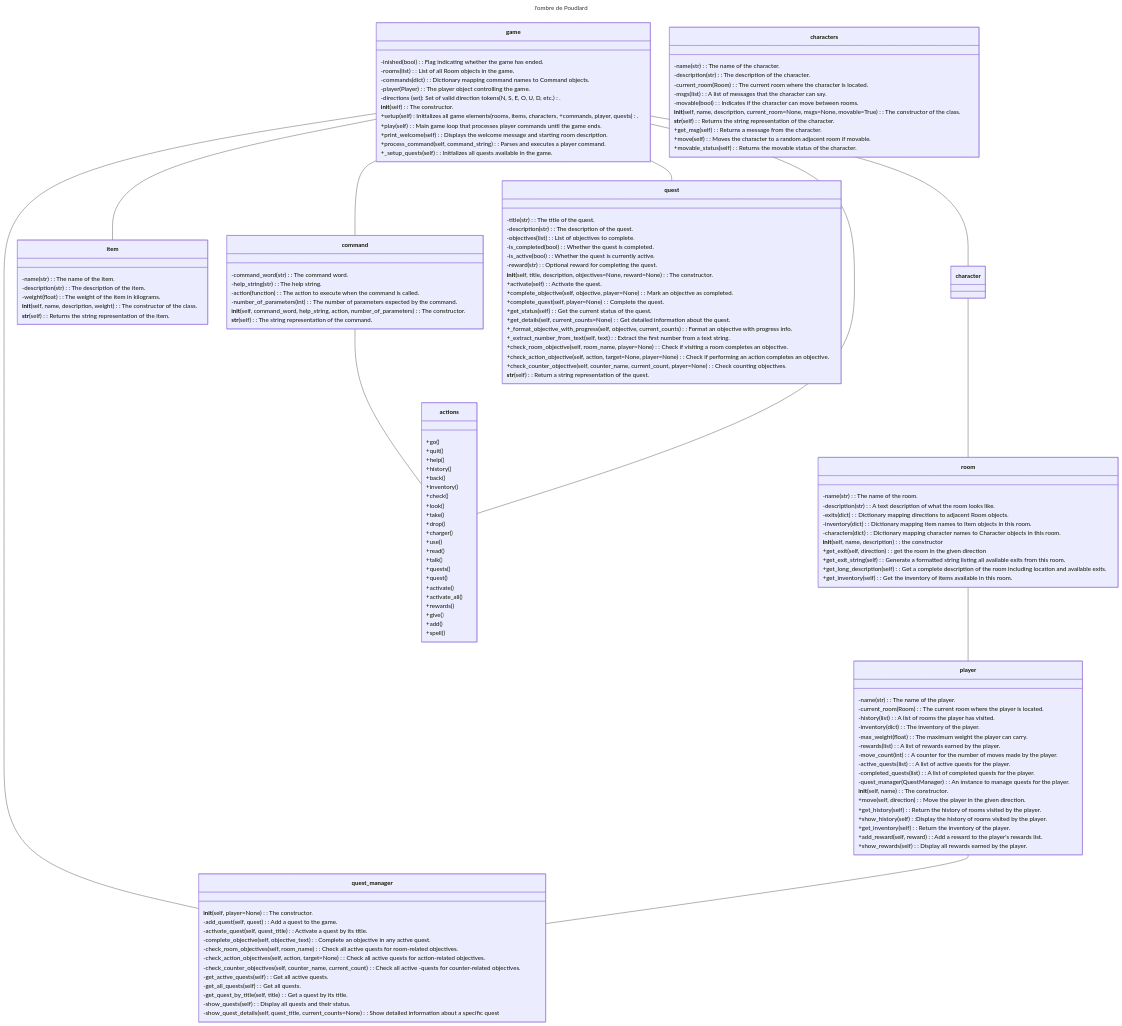
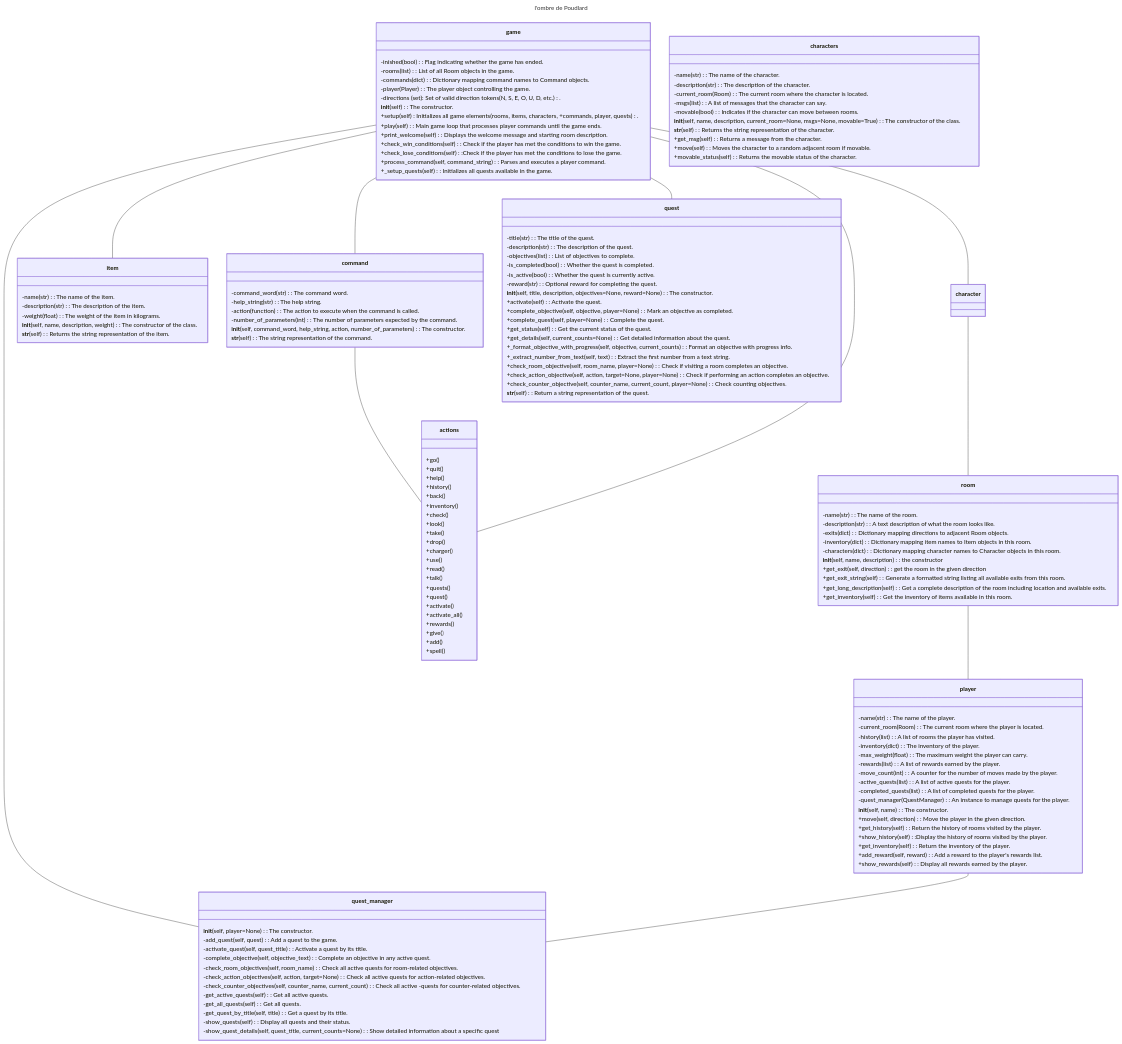
One commit to ninabousch/TBA changed the diagram in README.md. Above: the diagram before and after it, drawn with Mermaid. The commit also changed 2 other files, not shown here.

Commit message:
jeu presque fini

```diff
--- a/README.md
+++ b/README.md
@@ -89,6 +89,8 @@
         +setup(self) : Initializes all game elements (rooms, items, characters, +commands, player, quests).
         +play(self) : Main game loop that processes player commands until the game ends.
         +print_welcome(self) : Displays the welcome message and starting room description.
+        +check_win_conditions(self): Check if the player has met the conditions to win the game.
+        +check_lose_conditions(self):Check if the player has met the conditions to lose the game.
         +process_command(self, command_string) : Parses and executes a player command.   
         +_setup_quests(self) : Initializes all quests available in the game.
     }
```
